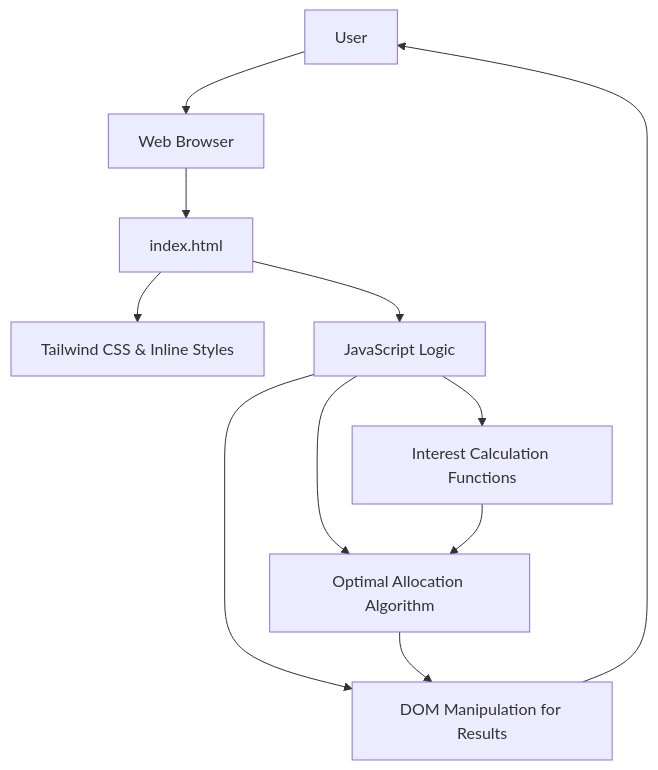
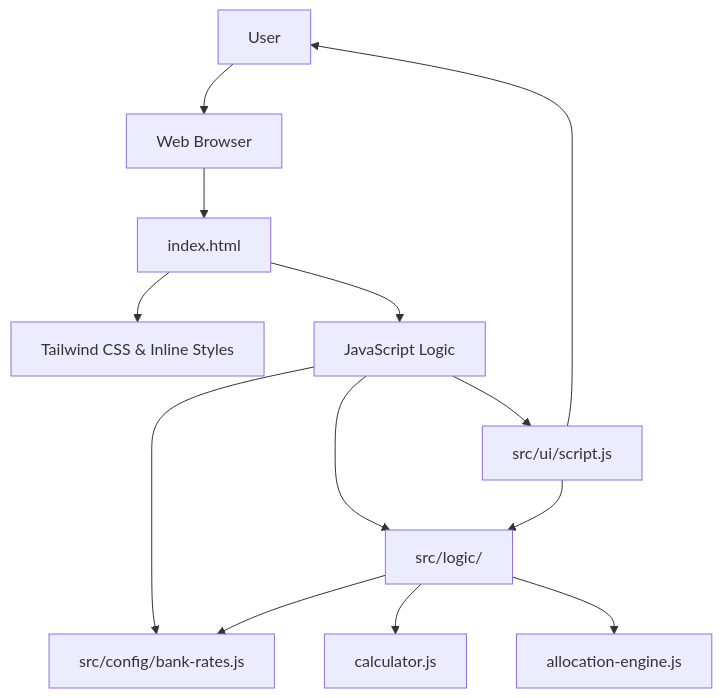
One commit to alfred1137/SG-Bank-Interest-cal changed the diagram in memory-bank/systemPatterns.md. Above: the diagram before and after it, drawn with Mermaid. The commit also changed other lines of this file and 23 other files, not shown here.

First line of the commit message:
Refactor codebase: Externalize config, Modularize Logic/UI, and Cleanup

````diff
--- a/memory-bank/systemPatterns.md
+++ b/memory-bank/systemPatterns.md
@@ -6,13 +6,15 @@
 ```mermaid
 graph TD
     User[User] --> Browser[Web Browser]
     Browser --> HTML[index.html]
     HTML --> CSS[Tailwind CSS & Inline Styles]
     HTML --> JS[JavaScript Logic]
-    JS --> Calculation[Interest Calculation Functions]
-    JS --> Allocation[Optimal Allocation Algorithm]
-    JS --> UIUpdate[DOM Manipulation for Results]
-    Calculation --> Allocation
-    Allocation --> UIUpdate
-    UIUpdate --> User
+    JS --> Config[src/config/bank-rates.js]
+    JS --> Logic[src/logic/]
+    Logic --> Calculator[calculator.js]
+    Logic --> Allocation[allocation-engine.js]
+    JS --> UI[src/ui/script.js]
+    UI --> Logic
+    Logic --> Config
+    UI --> User
 ```
````
